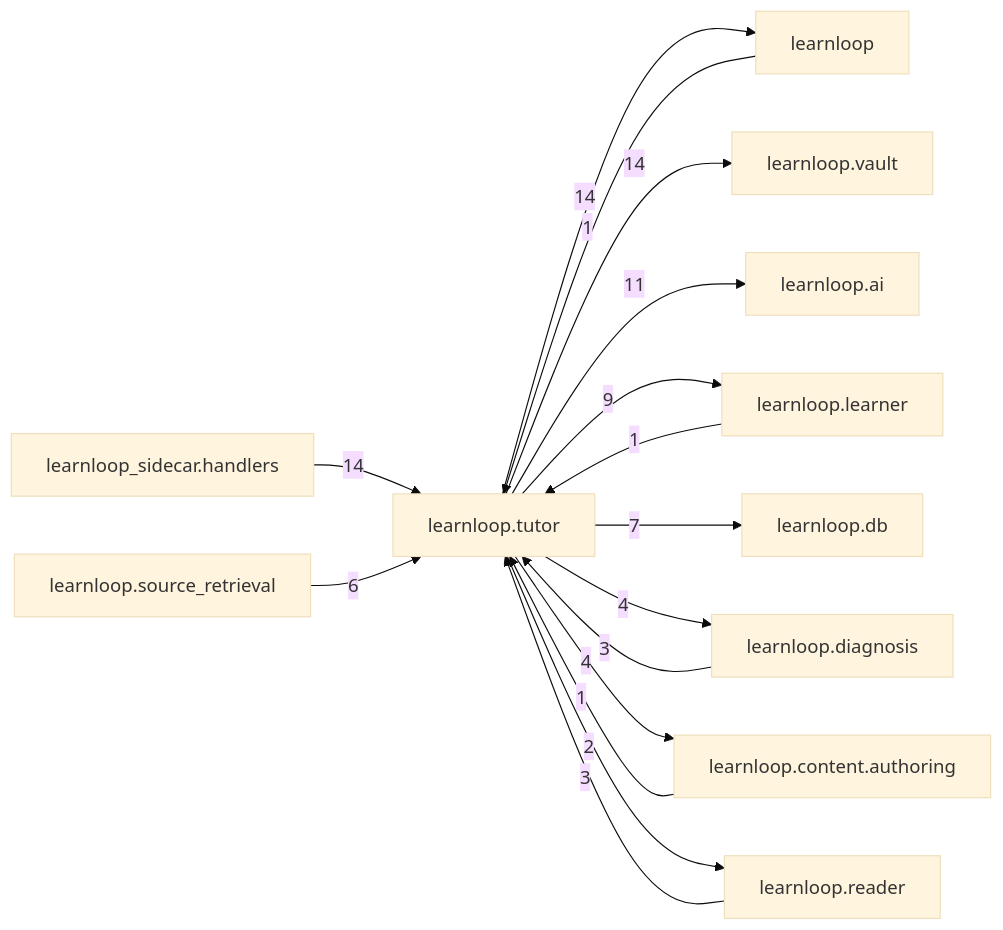
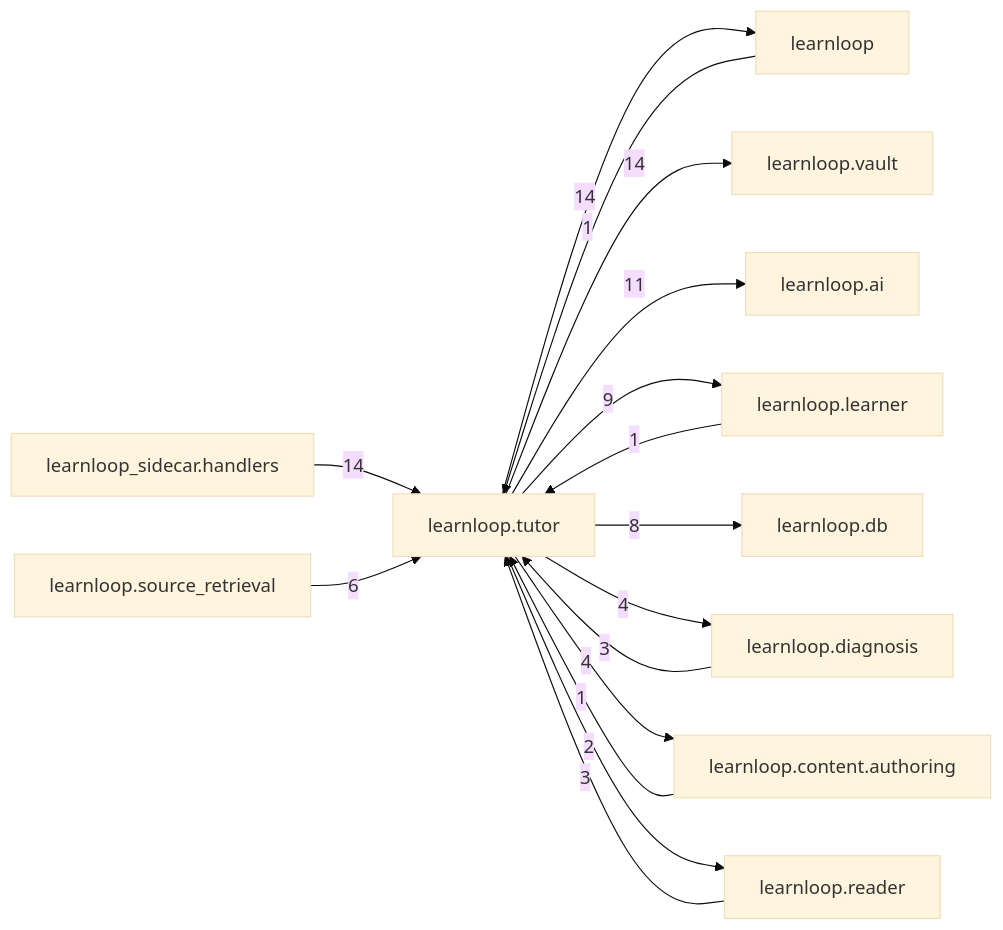
One commit to 6up-b/learnanything changed the diagram in docs/learnloop-architecture-vault/Reference/Modules/learnloop/tutor/_package.md. Above: the diagram before and after it, drawn with Mermaid (base theme). The commit also changed other lines of this file and 258 other files, not shown here.

````diff
--- a/docs/learnloop-architecture-vault/Reference/Modules/learnloop/tutor/_package.md
+++ b/docs/learnloop-architecture-vault/Reference/Modules/learnloop/tutor/_package.md
@@ -116,29 +116,29 @@
 ```mermaid
 flowchart LR
     center["learnloop.tutor"]
     n_learnloop["learnloop"]
     n_learnloop_vault["learnloop.vault"]
     n_learnloop_sidecar_handlers["learnloop_sidecar.handlers"]
     n_learnloop_ai["learnloop.ai"]
     n_learnloop_learner["learnloop.learner"]
     n_learnloop_db["learnloop.db"]
     n_learnloop_diagnosis["learnloop.diagnosis"]
     n_learnloop_source_retrieval["learnloop.source_retrieval"]
     n_learnloop_content_authoring["learnloop.content.authoring"]
     n_learnloop_reader["learnloop.reader"]
     n_learnloop -->|1| center
     center -->|14| n_learnloop
     center -->|14| n_learnloop_vault
     n_learnloop_sidecar_handlers -->|14| center
     center -->|11| n_learnloop_ai
     n_learnloop_learner -->|1| center
     center -->|9| n_learnloop_learner
-    center -->|7| n_learnloop_db
+    center -->|8| n_learnloop_db
     n_learnloop_diagnosis -->|3| center
     center -->|4| n_learnloop_diagnosis
     n_learnloop_source_retrieval -->|6| center
     n_learnloop_content_authoring -->|1| center
     center -->|4| n_learnloop_content_authoring
     n_learnloop_reader -->|3| center
     center -->|2| n_learnloop_reader
 ```
````
